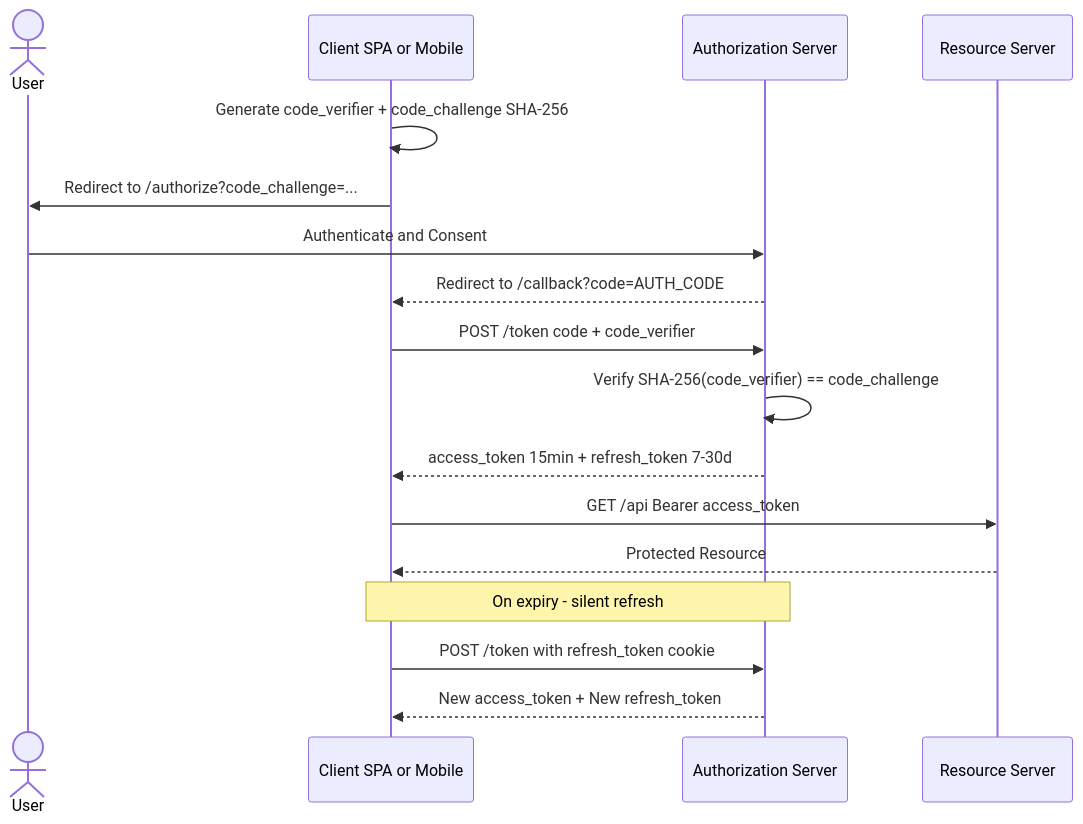
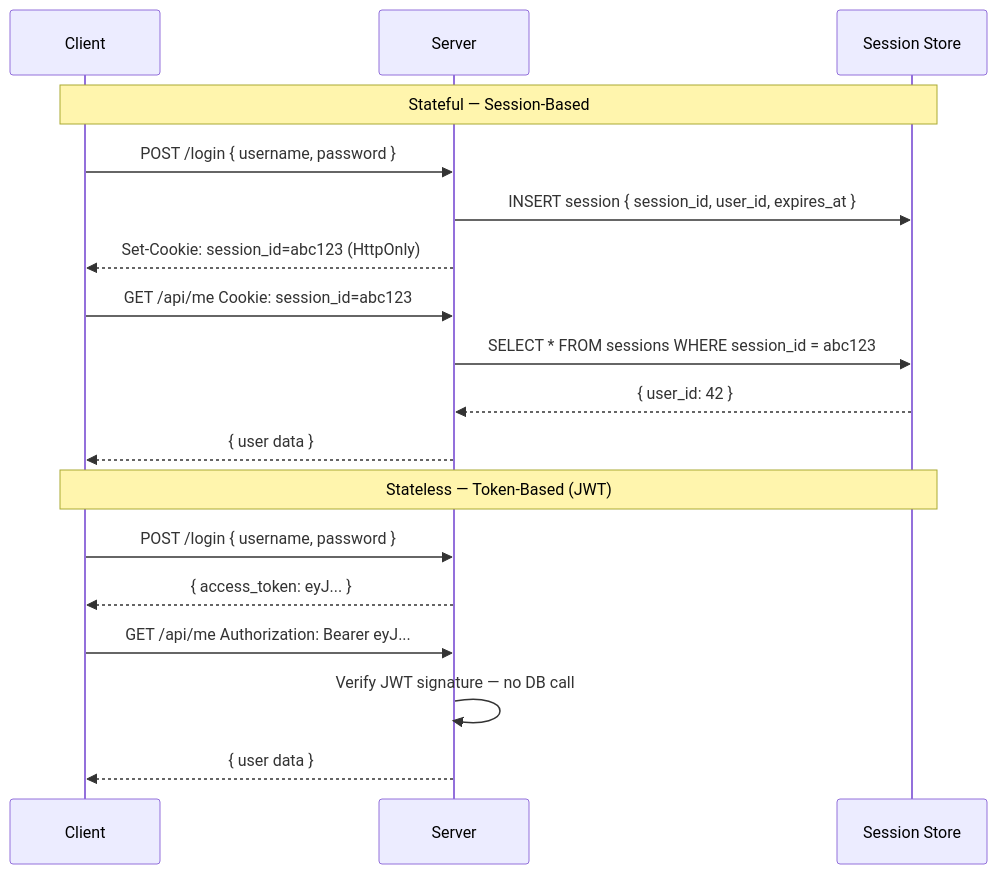
Before and after one commit to spartan-khanhdo/auth-security-lecture: the first of 3 diagrams in .planning/contents/lecture-1-oauth-authn.md, drawn with Mermaid. The commit also changed other lines of this file and 32 other files, not shown here.

````diff
--- a/.planning/contents/lecture-1-oauth-authn.md
+++ b/.planning/contents/lecture-1-oauth-authn.md
@@ -289,20 +64,24 @@
 ```mermaid
 sequenceDiagram
-    actor User
-    participant App as Client SPA or Mobile
-    participant AS as Authorization Server
-    participant RS as Resource Server
+    participant C as Client
+    participant S as Server
+    participant DB as Session Store
 
-    App->>App: Generate code_verifier + code_challenge SHA-256
-    App->>User: Redirect to /authorize?code_challenge=...
-    User->>AS: Authenticate and Consent
-    AS-->>App: Redirect to /callback?code=AUTH_CODE
-    App->>AS: POST /token code + code_verifier
-    AS->>AS: Verify SHA-256(code_verifier) == code_challenge
-    AS-->>App: access_token 15min + refresh_token 7-30d
-    App->>RS: GET /api Bearer access_token
-    RS-->>App: Protected Resource
-    Note over App,AS: On expiry - silent refresh
-    App->>AS: POST /token with refresh_token cookie
-    AS-->>App: New access_token + New refresh_token
+    Note over C,DB: Stateful — Session-Based
+
+    C->>S: POST /login { username, password }
+    S->>DB: INSERT session { session_id, user_id, expires_at }
+    S-->>C: Set-Cookie: session_id=abc123 (HttpOnly)
+    C->>S: GET /api/me  Cookie: session_id=abc123
+    S->>DB: SELECT * FROM sessions WHERE session_id = abc123
+    DB-->>S: { user_id: 42 }
+    S-->>C: { user data }
+
+    Note over C,DB: Stateless — Token-Based (JWT)
+
+    C->>S: POST /login { username, password }
+    S-->>C: { access_token: eyJ... }
+    C->>S: GET /api/me  Authorization: Bearer eyJ...
+    S->>S: Verify JWT signature — no DB call
+    S-->>C: { user data }
 ```
````
